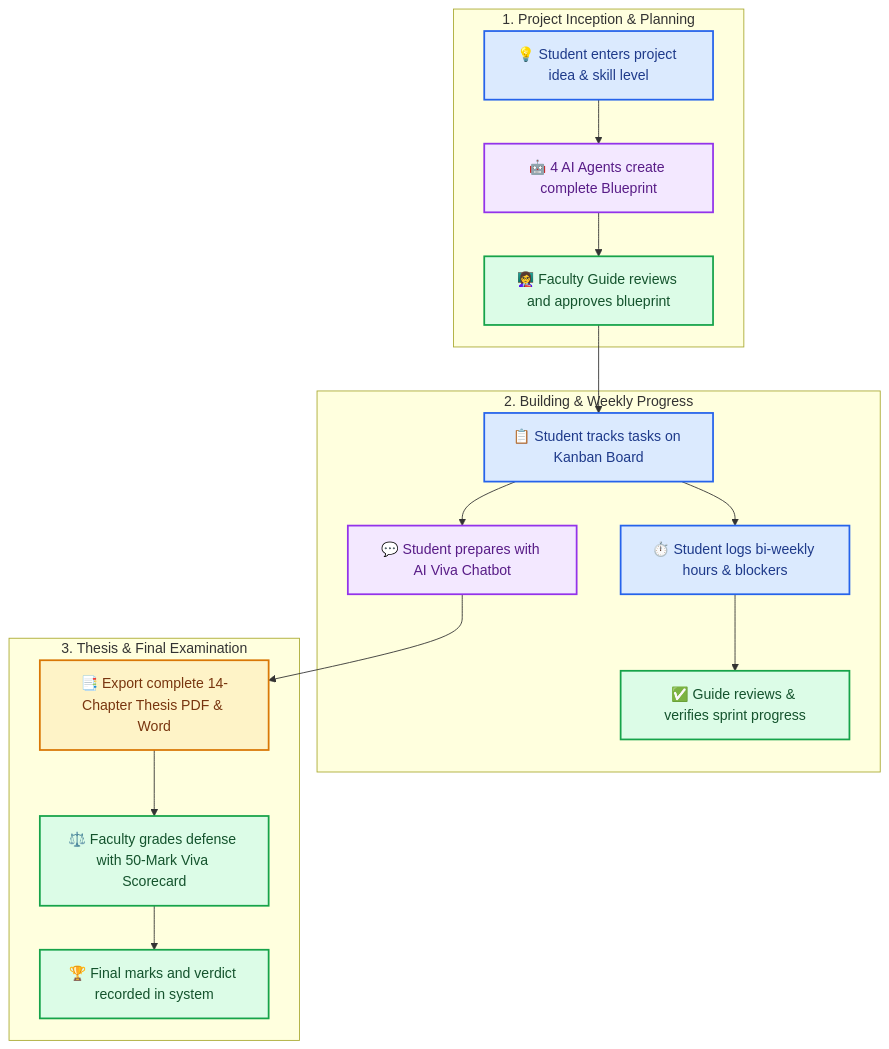
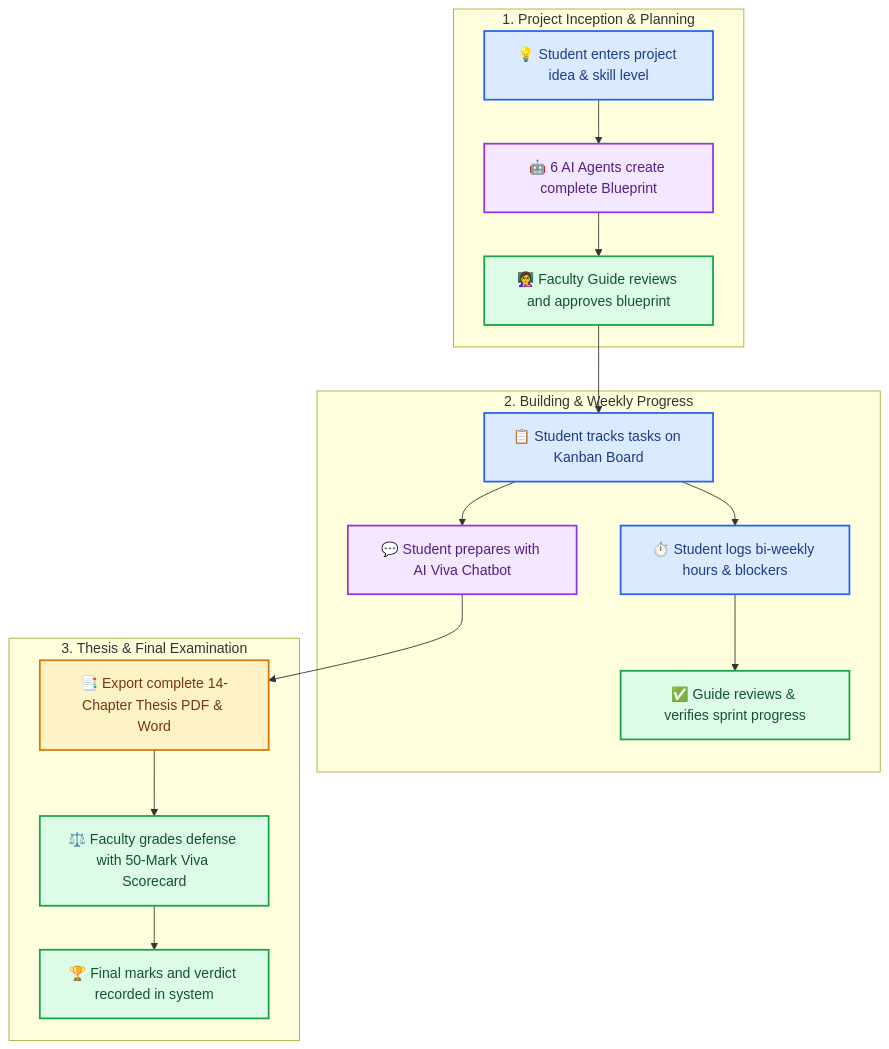
One commit to marisa-mmm/AI-Project-Mentor changed the first of 2 diagrams in README.md. Above: the diagram before and after it, drawn with Mermaid. The commit also changed other lines of this file, not shown here.

Commit message:
Update project functionality

````diff
--- a/README.md
+++ b/README.md
@@ -63,25 +63,25 @@
 ```mermaid
 graph TD
     classDef student fill:#dbeafe,stroke:#2563eb,stroke-width:2px,color:#1e3a8a;
     classDef faculty fill:#dcfce7,stroke:#16a34a,stroke-width:2px,color:#14532d;
     classDef ai fill:#f3e8ff,stroke:#9333ea,stroke-width:2px,color:#581c87;
     classDef doc fill:#fef3c7,stroke:#d97706,stroke-width:2px,color:#78350f;
 
     subgraph Step1["1. Project Inception & Planning"]
-        A["💡 Student enters project idea & skill level"]:::student --> B["🤖 4 AI Agents create complete Blueprint"]:::ai
+        A["💡 Student enters project idea & skill level"]:::student --> B["🤖 6 AI Agents create complete Blueprint"]:::ai
         B --> C["👩‍🏫 Faculty Guide reviews and approves blueprint"]:::faculty
     end
 
     subgraph Step2["2. Building & Weekly Progress"]
         C --> D["📋 Student tracks tasks on Kanban Board"]:::student
         D --> E["⏱️ Student logs bi-weekly hours & blockers"]:::student
         E --> F["✅ Guide reviews & verifies sprint progress"]:::faculty
         D --> G["💬 Student prepares with AI Viva Chatbot"]:::ai
     end
 
     subgraph Step3["3. Thesis & Final Examination"]
         G --> H["📑 Export complete 14-Chapter Thesis PDF & Word"]:::doc
         H --> I["⚖️ Faculty grades defense with 50-Mark Viva Scorecard"]:::faculty
         I --> J["🏆 Final marks and verdict recorded in system"]:::faculty
     end
 ```
````
